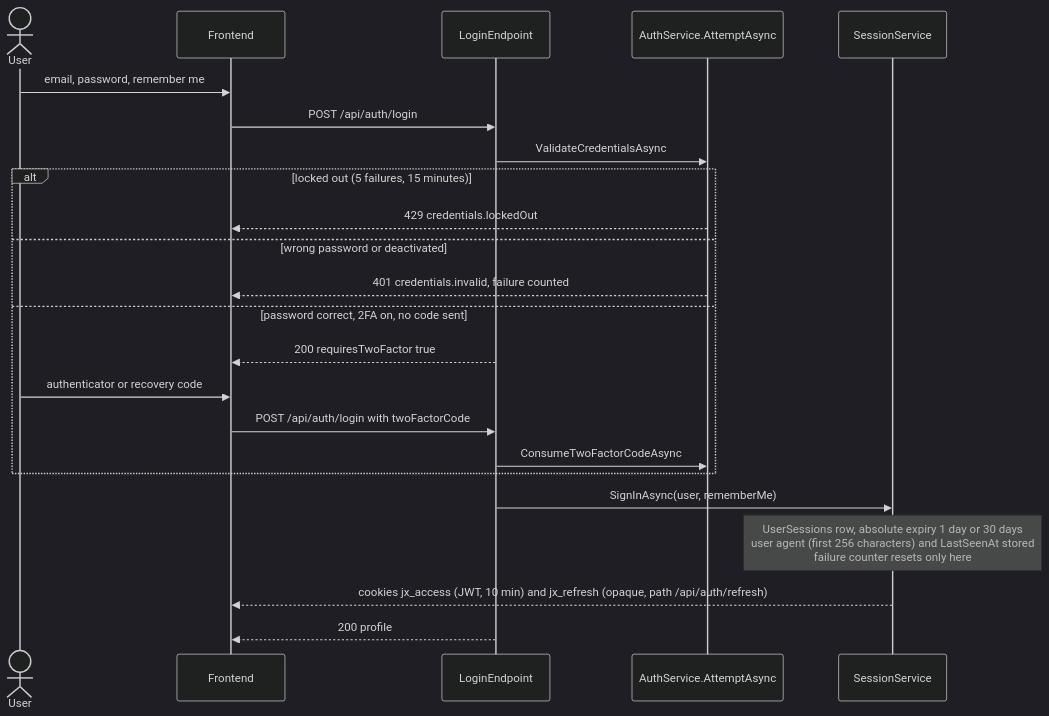
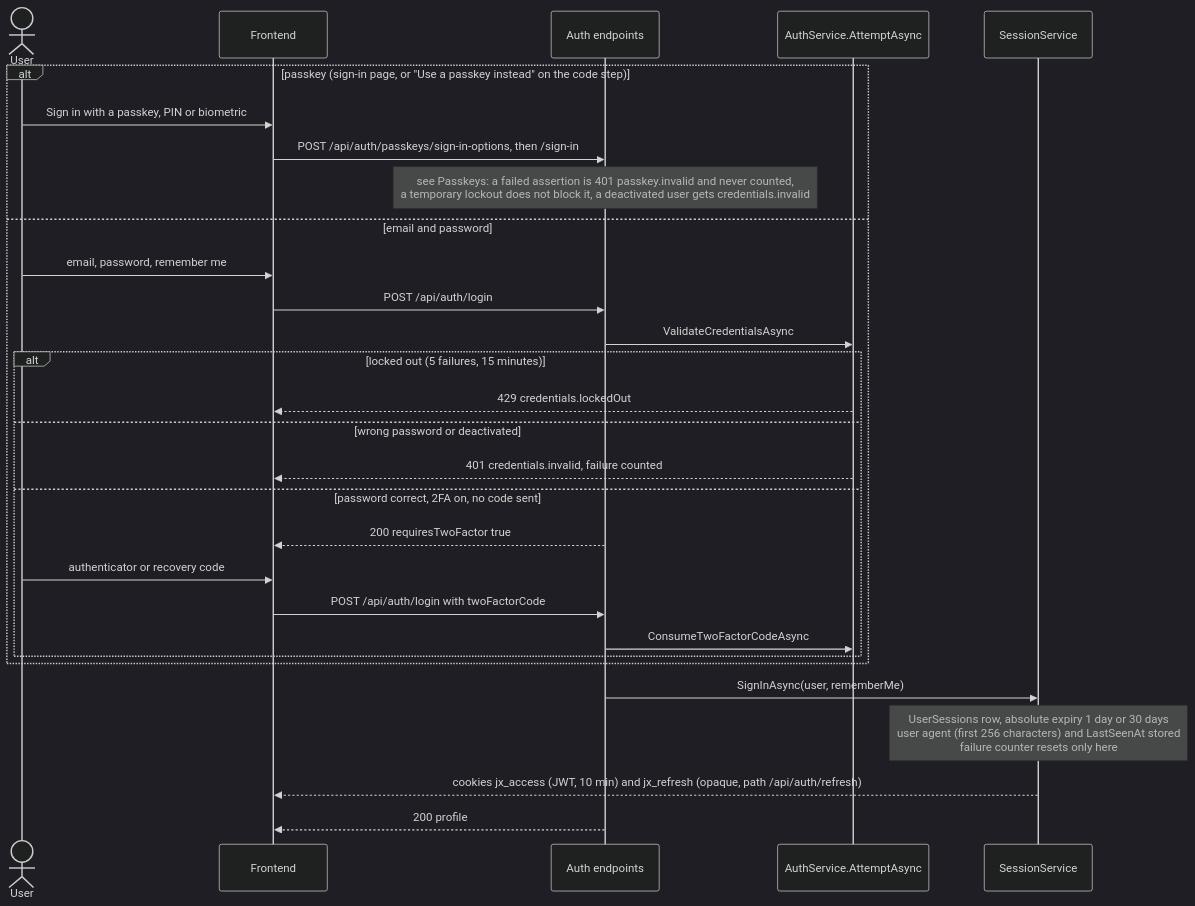
The first of 5 diagrams in docs/features/sign-in-and-sessions.md (Justxs/Jx-Finance), drawn with Mermaid (dark theme) before and after one commit. The commit also changed other lines of this file and 117 other files, not shown here.

First line of the commit message:
feat(auth): sign in with a passkey

````diff
--- a/docs/features/sign-in-and-sessions.md
+++ b/docs/features/sign-in-and-sessions.md
@@ -9,25 +9,31 @@
 ```mermaid
 sequenceDiagram
     actor User
     participant App as Frontend
-    participant Api as LoginEndpoint
+    participant Api as Auth endpoints
     participant Auth as AuthService.AttemptAsync
     participant Sess as SessionService
-    User->>App: email, password, remember me
-    App->>Api: POST /api/auth/login
-    Api->>Auth: ValidateCredentialsAsync
-    alt locked out (5 failures, 15 minutes)
-        Auth-->>App: 429 credentials.lockedOut
-    else wrong password or deactivated
-        Auth-->>App: 401 credentials.invalid, failure counted
-    else password correct, 2FA on, no code sent
-        Api-->>App: 200 requiresTwoFactor true
-        User->>App: authenticator or recovery code
-        App->>Api: POST /api/auth/login with twoFactorCode
-        Api->>Auth: ConsumeTwoFactorCodeAsync
+    alt passkey (sign-in page, or "Use a passkey instead" on the code step)
+        User->>App: Sign in with a passkey, PIN or biometric
+        App->>Api: POST /api/auth/passkeys/sign-in-options, then /sign-in
+        Note over Api: see Passkeys: a failed assertion is 401 passkey.invalid and never counted,<br/>a temporary lockout does not block it, a deactivated user gets credentials.invalid
+    else email and password
+        User->>App: email, password, remember me
+        App->>Api: POST /api/auth/login
+        Api->>Auth: ValidateCredentialsAsync
+        alt locked out (5 failures, 15 minutes)
+            Auth-->>App: 429 credentials.lockedOut
+        else wrong password or deactivated
+            Auth-->>App: 401 credentials.invalid, failure counted
+        else password correct, 2FA on, no code sent
+            Api-->>App: 200 requiresTwoFactor true
+            User->>App: authenticator or recovery code
+            App->>Api: POST /api/auth/login with twoFactorCode
+            Api->>Auth: ConsumeTwoFactorCodeAsync
+        end
     end
     Api->>Sess: SignInAsync(user, rememberMe)
     Note over Sess: UserSessions row, absolute expiry 1 day or 30 days<br/>user agent (first 256 characters) and LastSeenAt stored<br/>failure counter resets only here
     Sess-->>App: cookies jx_access (JWT, 10 min) and jx_refresh (opaque, path /api/auth/refresh)
     Api-->>App: 200 profile
 ```
````
